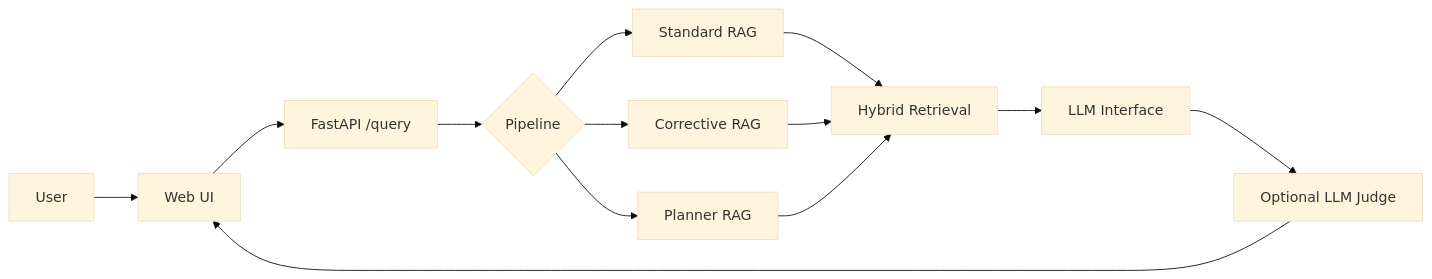
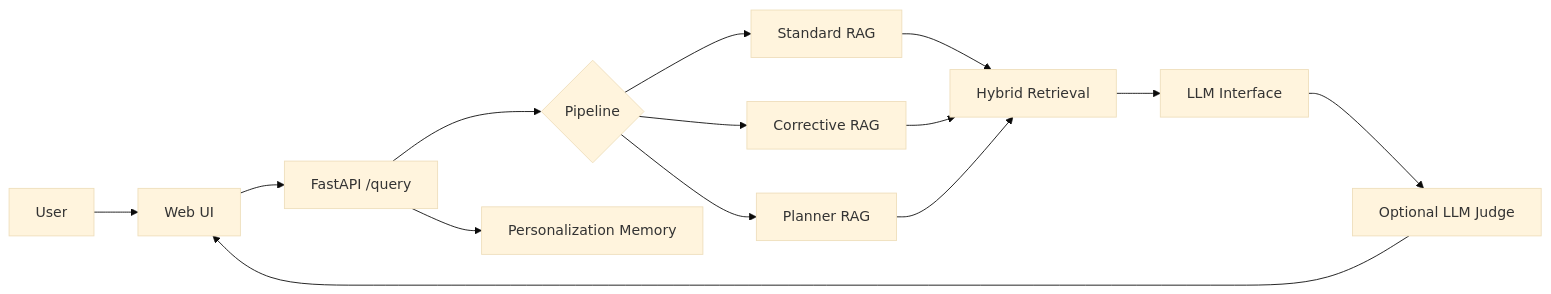
One commit to Piyushmittal2192/rag_frameworks changed the diagram in documentation/README.md. Above: the diagram before and after it, drawn with Mermaid (base theme). The commit also changed other lines of this file and 17 other files, not shown here.

Commit message:
Add personalization memory modes

````diff
--- a/documentation/README.md
+++ b/documentation/README.md
@@ -32,24 +33,26 @@
 ```mermaid
 flowchart LR
     User["User"]
     UI["Web UI"]
     API["FastAPI /query"]
     Pipeline{"Pipeline"}
     Standard["Standard RAG"]
     Corrective["Corrective RAG"]
     Planner["Planner RAG"]
     Retrieve["Hybrid Retrieval"]
+    Memory["Personalization Memory"]
     LLM["LLM Interface"]
     Judge["Optional LLM Judge"]
 
     User --> UI --> API --> Pipeline
+    API --> Memory
     Pipeline --> Standard
     Pipeline --> Corrective
     Pipeline --> Planner
     Standard --> Retrieve
     Corrective --> Retrieve
     Planner --> Retrieve
     Retrieve --> LLM
     LLM --> Judge
     Judge --> UI
 ```
````
